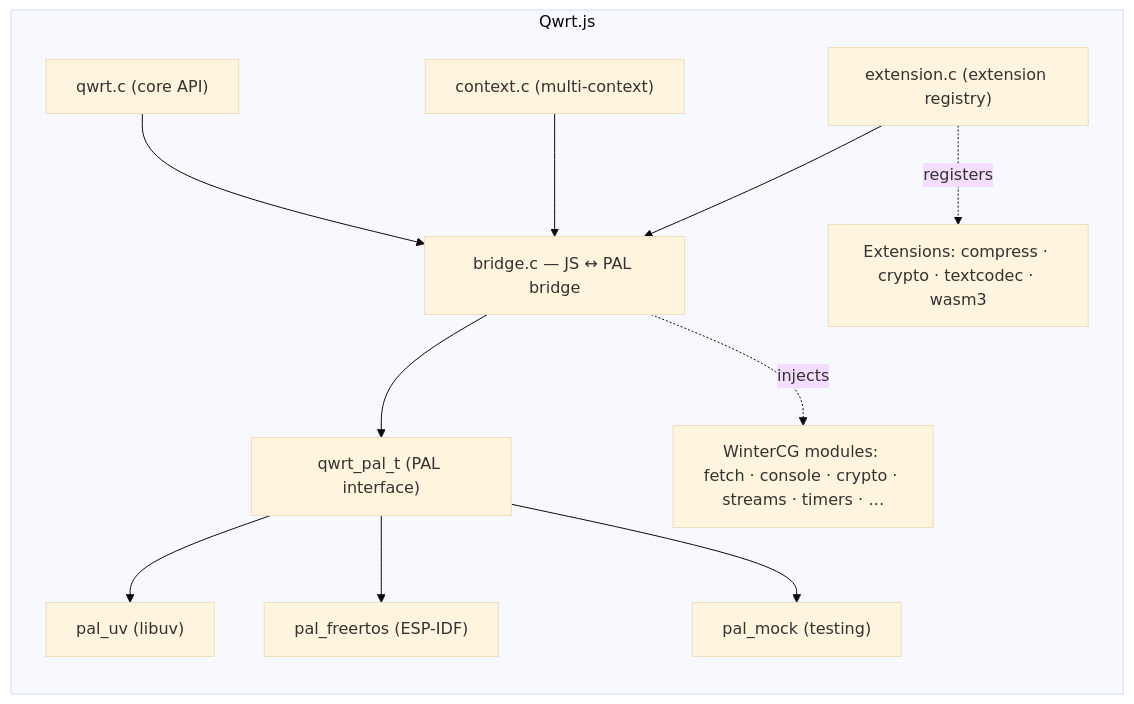
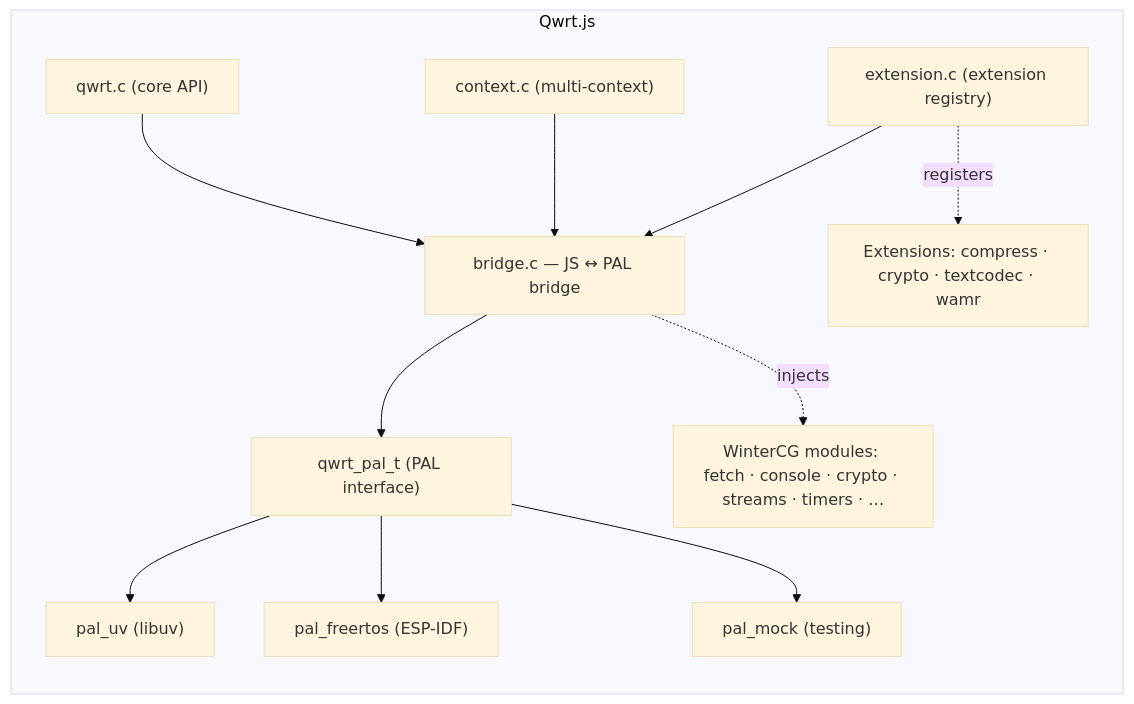
Before and after one commit to adam-ikari/qwrt: the diagram in docs/index.md, drawn with Mermaid (base theme). The commit also changed other lines of this file and 46 other files, not shown here.

````diff
--- a/docs/index.md
+++ b/docs/index.md
@@ -73,21 +73,21 @@
 ```mermaid
 flowchart TB
     subgraph QWRT["Qwrt.js"]
         direction TB
         Core["qwrt.c (core API)"]
         Ctx["context.c (multi-context)"]
         Ext["extension.c (extension registry)"]
         Bridge["bridge.c — JS ↔ PAL bridge"]
         Core --> Bridge
         Ctx --> Bridge
         Ext --> Bridge
         Bridge --> PAL["qwrt_pal_t (PAL interface)"]
         PAL --> PalUV["pal_uv (libuv)"]
         PAL --> PalFR["pal_freertos (ESP-IDF)"]
         PAL --> PalMock["pal_mock (testing)"]
         JS["WinterCG modules: fetch · console · crypto · streams · timers · …"]
-        ExtList["Extensions: compress · crypto · textcodec · wasm3"]
+        ExtList["Extensions: compress · crypto · textcodec · wamr"]
         Bridge -.injects.-> JS
         Ext -.registers.-> ExtList
     end
 ```
````
